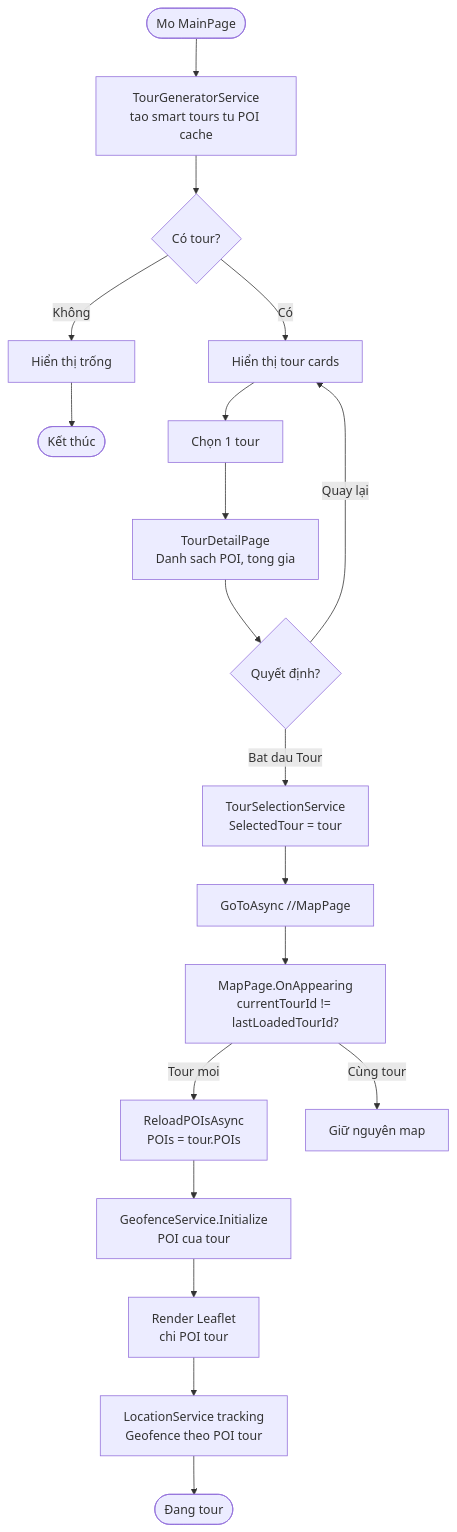
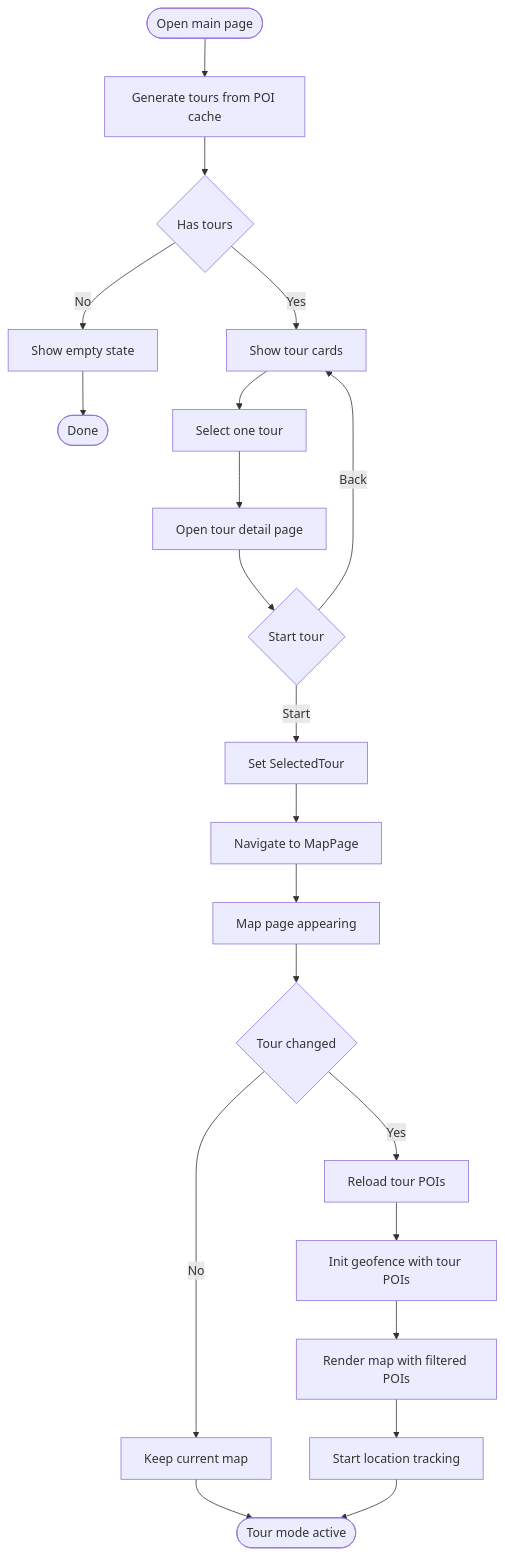
One commit to KhanhChung2k5/k_tour changed diagram 33 of 44 in docs/PRODUCT_REQUIREMENTS.md. Above: the diagram before and after it, drawn with Mermaid. The commit also changed other lines of this file, not shown here.

Commit message:
Fix display diagram on github

````diff
--- a/docs/PRODUCT_REQUIREMENTS.md
+++ b/docs/PRODUCT_REQUIREMENTS.md
@@ -1643,21 +1643,23 @@
 ```mermaid
 flowchart TD
-    Start([Mo MainPage]) --> LoadTours[TourGeneratorService<br/>tao smart tours tu POI cache]
-    LoadTours --> HasTours{Có tour?}
-    HasTours -->|Không| ShowEmpty[Hiển thị trống]
-    ShowEmpty --> End([Kết thúc])
-    HasTours -->|Có| ShowCards[Hiển thị tour cards]
-    ShowCards --> SelectTour[Chọn 1 tour]
-    SelectTour --> OpenDetail[TourDetailPage<br/>Danh sach POI, tong gia]
-    OpenDetail --> Decision{Quyết định?}
-    Decision -->|Quay lại| ShowCards
-    Decision -->|Bat dau Tour| SetSelection[TourSelectionService<br/>SelectedTour = tour]
-    SetSelection --> NavMap[GoToAsync //MapPage]
-    NavMap --> OnAppearing[MapPage.OnAppearing<br/>currentTourId != lastLoadedTourId?]
-    OnAppearing -->|Tour moi| ReloadPOI[ReloadPOIsAsync<br/>POIs = tour.POIs]
-    OnAppearing -->|Cùng tour| KeepMap[Giữ nguyên map]
-    ReloadPOI --> InitGeo[GeofenceService.Initialize<br/>POI cua tour]
-    InitGeo --> RenderMap[Render Leaflet<br/>chi POI tour]
-    RenderMap --> StartTrack[LocationService tracking<br/>Geofence theo POI tour]
-    StartTrack --> End2([Đang tour])
+    Start([Open main page]) --> LoadTours[Generate tours from POI cache]
+    LoadTours --> HasTours{Has tours}
+    HasTours -->|No| ShowEmpty[Show empty state]
+    ShowEmpty --> End([Done])
+    HasTours -->|Yes| ShowCards[Show tour cards]
+    ShowCards --> SelectTour[Select one tour]
+    SelectTour --> OpenDetail[Open tour detail page]
+    OpenDetail --> Decision{Start tour}
+    Decision -->|Back| ShowCards
+    Decision -->|Start| SetSelection[Set SelectedTour]
+    SetSelection --> NavMap[Navigate to MapPage]
+    NavMap --> OnAppearing[Map page appearing]
+    OnAppearing --> CheckTour{Tour changed}
+    CheckTour -->|No| KeepMap[Keep current map]
+    CheckTour -->|Yes| ReloadPOI[Reload tour POIs]
+    ReloadPOI --> InitGeo[Init geofence with tour POIs]
+    InitGeo --> RenderMap[Render map with filtered POIs]
+    RenderMap --> StartTrack[Start location tracking]
+    KeepMap --> End2([Tour mode active])
+    StartTrack --> End2([Tour mode active])
 ```
````
